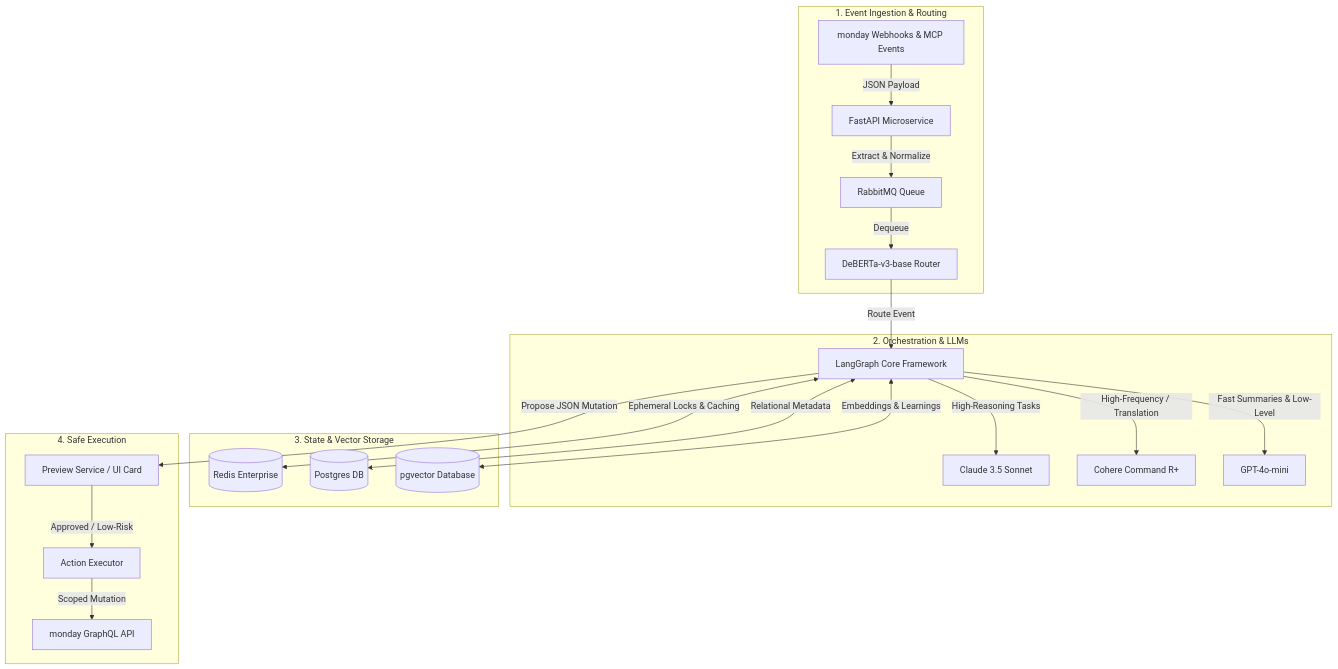
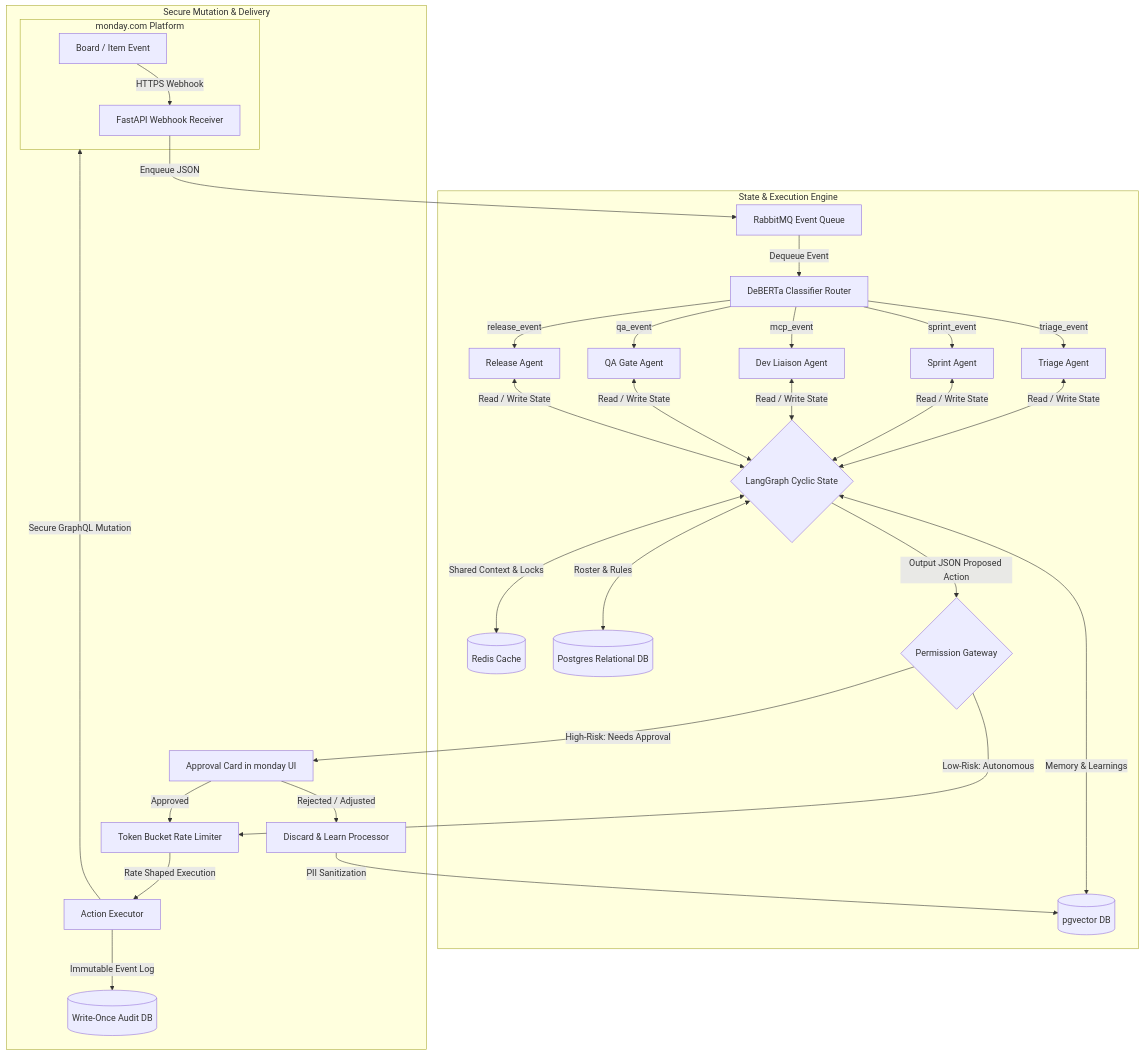
Before and after one commit to Galina-Blokh/monday-system: the second of 4 diagrams in monday_agent_system_design.md, drawn with Mermaid. The commit also changed other lines of this file, not shown here.

````diff
--- a/monday_agent_system_design.md
+++ b/monday_agent_system_design.md
@@ -94,27 +53,37 @@
 ```mermaid
 flowchart TB
-    subgraph INGEST["1. Event Ingestion & Routing"]
-        Web[monday Webhooks & MCP Events] -->|JSON Payload| FA[FastAPI Microservice]
-        FA -->|Extract & Normalize| Q[RabbitMQ Queue]
-        Q -->|Dequeue| RT[DeBERTa-v3-base Router]
+    subgraph WS["monday.com Platform"]
+        EVT[Board / Item Event] -->|HTTPS Webhook| API_RECV[FastAPI Webhook Receiver]
     end
 
-    subgraph BRAIN["2. Orchestration & LLMs"]
-        RT -->|Route Event| LG[LangGraph Core Framework]
-        LG -->|High-Reasoning Tasks| Claude[Claude 3.5 Sonnet]
-        LG -->|High-Frequency / Translation| Cohere[Cohere Command R+]
-        LG -->|Fast Summaries & Low-Level| GPT[GPT-4o-mini]
+    subgraph FLOW["State & Execution Engine"]
+        API_RECV -->|Enqueue JSON| MQ[RabbitMQ Event Queue]
+        MQ -->|Dequeue Event| RT[DeBERTa Classifier Router]
+        
+        RT -->|triage_event| TR[Triage Agent]
+        RT -->|sprint_event| SP[Sprint Agent]
+        RT -->|mcp_event| DL[Dev Liaison Agent]
+        RT -->|qa_event| QA[QA Gate Agent]
+        RT -->|release_event| RL[Release Agent]
+        
+        TR & SP & DL & QA & RL <-->|Read / Write State| LG_STATE{LangGraph Cyclic State}
+        
+        LG_STATE <-->|Shared Context & Locks| REDIS[(Redis Cache)]
+        LG_STATE <-->|Roster & Rules| PG[(Postgres Relational DB)]
+        LG_STATE <-->|Memory & Learnings| VDB[(pgvector DB)]
+        
+        LG_STATE -->|Output JSON Proposed Action| M_GATE{Permission Gateway}
     end
 
-    subgraph STATE["3. State & Vector Storage"]
-        LG <-->|Ephemeral Locks & Caching| Redis[(Redis Enterprise)]
-        LG <-->|Relational Metadata| PG[(Postgres DB)]
-        LG <-->|Embeddings & Learnings| PGV[(pgvector Database)]
-    end
-
-    subgraph EXEC["4. Safe Execution"]
-        LG -->|Propose JSON Mutation| PRE[Preview Service / UI Card]
-        PRE -->|Approved / Low-Risk| EXEC_SRV[Action Executor]
-        EXEC_SRV -->|Scoped Mutation| API[monday GraphQL API]
+    subgraph OUT["Secure Mutation & Delivery"]
+        M_GATE -->|High-Risk: Needs Approval| UI[Approval Card in monday UI]
+        UI -->|Approved| TB[Token Bucket Rate Limiter]
+        UI -->|Rejected / Adjusted| LEARN[Discard & Learn Processor]
+        LEARN -->|PII Sanitization| VDB
+        
+        M_GATE -->|Low-Risk: Autonomous| TB
+        TB -->|Rate Shaped Execution| EXEC[Action Executor]
+        EXEC -->|Secure GraphQL Mutation| WS
+        EXEC -->|Immutable Event Log| AUDIT[(Write-Once Audit DB)]
     end
 ```
````
